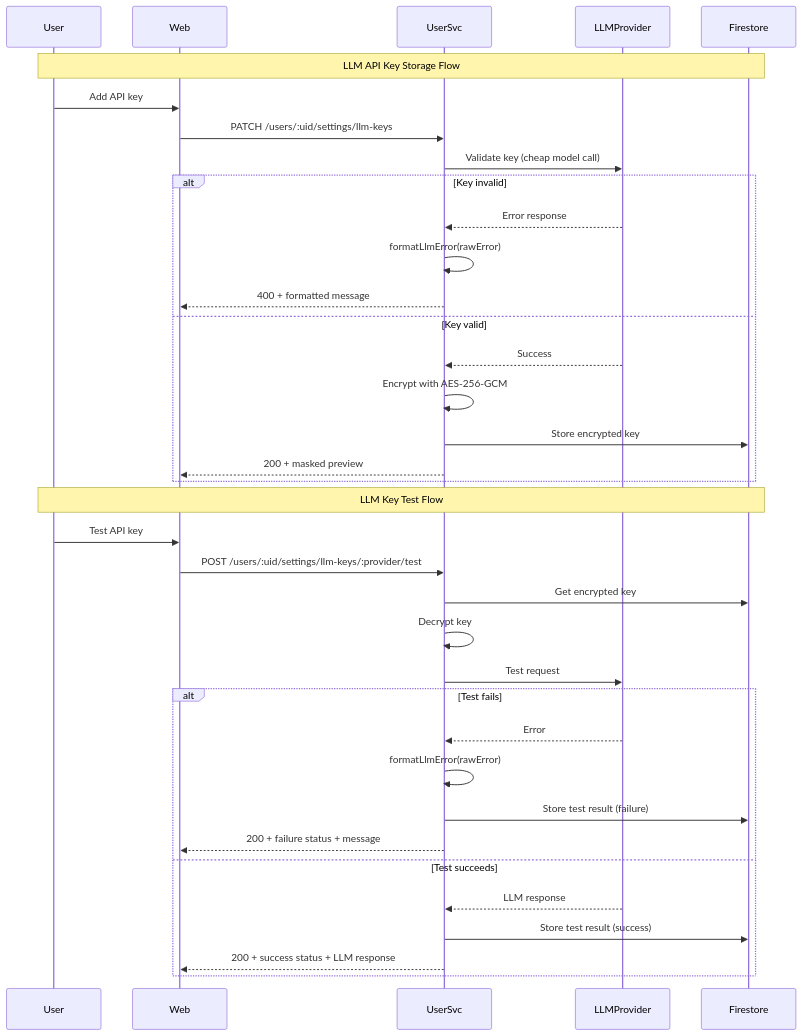
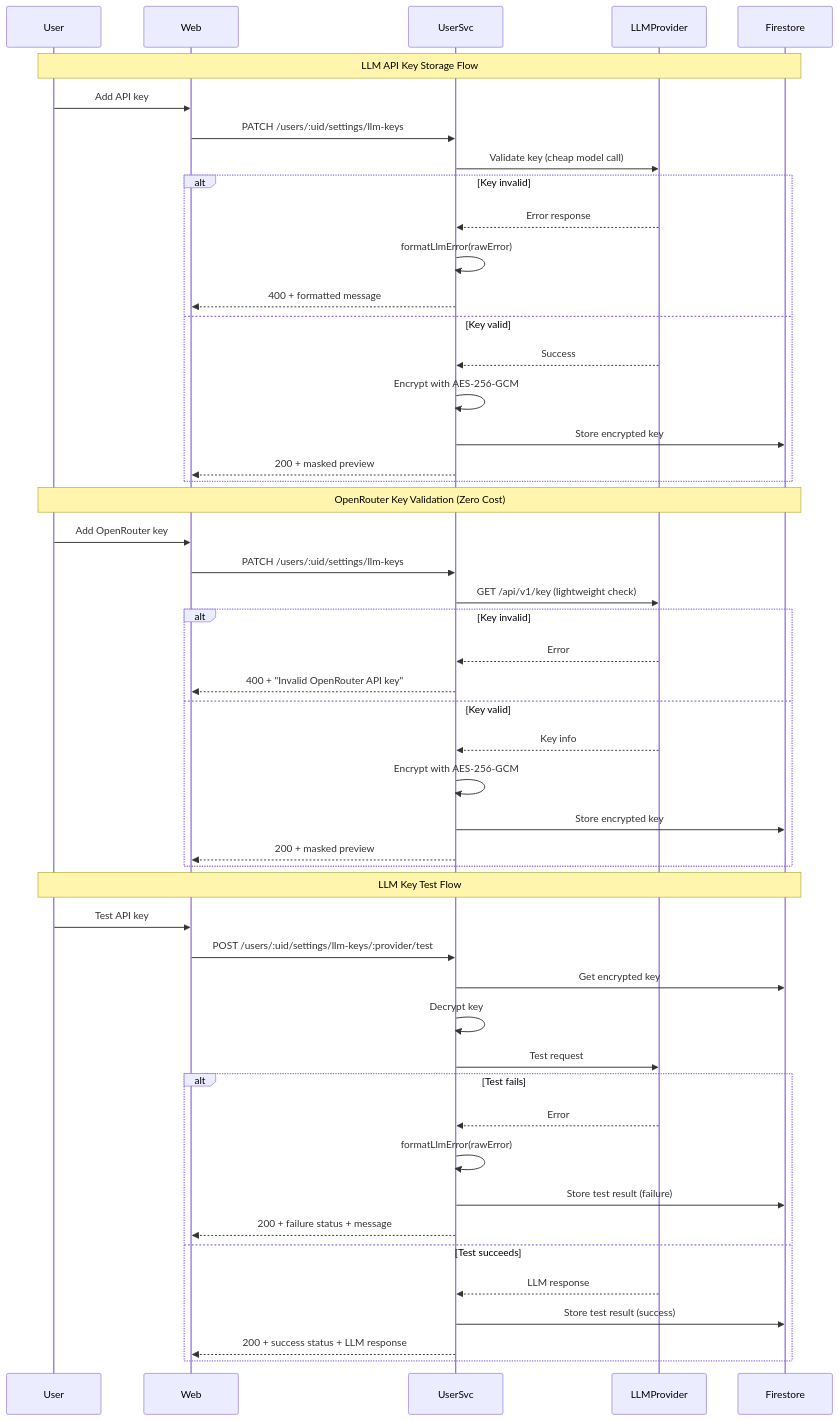
One commit to pbuchman/intexuraos changed the second of 2 diagrams in docs/services/user-service/technical.md. Above: the diagram before and after it, drawn with Mermaid. The commit also changed other lines of this file and 154 other files, not shown here.

````diff
--- a/docs/services/user-service/technical.md
+++ b/docs/services/user-service/technical.md
@@ -50,40 +50,54 @@
 ```mermaid
 sequenceDiagram
     participant User
     participant Web
     participant UserSvc
     participant LLMProvider
     participant Firestore
 
     Note over User,Firestore: LLM API Key Storage Flow
     User->>Web: Add API key
     Web->>UserSvc: PATCH /users/:uid/settings/llm-keys
     UserSvc->>LLMProvider: Validate key (cheap model call)
     alt Key invalid
         LLMProvider-->>UserSvc: Error response
         UserSvc->>UserSvc: formatLlmError(rawError)
         UserSvc-->>Web: 400 + formatted message
     else Key valid
         LLMProvider-->>UserSvc: Success
         UserSvc->>UserSvc: Encrypt with AES-256-GCM
         UserSvc->>Firestore: Store encrypted key
         UserSvc-->>Web: 200 + masked preview
     end
 
+    Note over User,Firestore: OpenRouter Key Validation (Zero Cost)
+    User->>Web: Add OpenRouter key
+    Web->>UserSvc: PATCH /users/:uid/settings/llm-keys
+    UserSvc->>LLMProvider: GET /api/v1/key (lightweight check)
+    alt Key invalid
+        LLMProvider-->>UserSvc: Error
+        UserSvc-->>Web: 400 + "Invalid OpenRouter API key"
+    else Key valid
+        LLMProvider-->>UserSvc: Key info
+        UserSvc->>UserSvc: Encrypt with AES-256-GCM
+        UserSvc->>Firestore: Store encrypted key
+        UserSvc-->>Web: 200 + masked preview
+    end
+
     Note over User,Firestore: LLM Key Test Flow
     User->>Web: Test API key
     Web->>UserSvc: POST /users/:uid/settings/llm-keys/:provider/test
     UserSvc->>Firestore: Get encrypted key
     UserSvc->>UserSvc: Decrypt key
     UserSvc->>LLMProvider: Test request
     alt Test fails
         LLMProvider-->>UserSvc: Error
         UserSvc->>UserSvc: formatLlmError(rawError)
         UserSvc->>Firestore: Store test result (failure)
         UserSvc-->>Web: 200 + failure status + message
     else Test succeeds
         LLMProvider-->>UserSvc: LLM response
         UserSvc->>Firestore: Store test result (success)
         UserSvc-->>Web: 200 + success status + LLM response
     end
 ```
````
